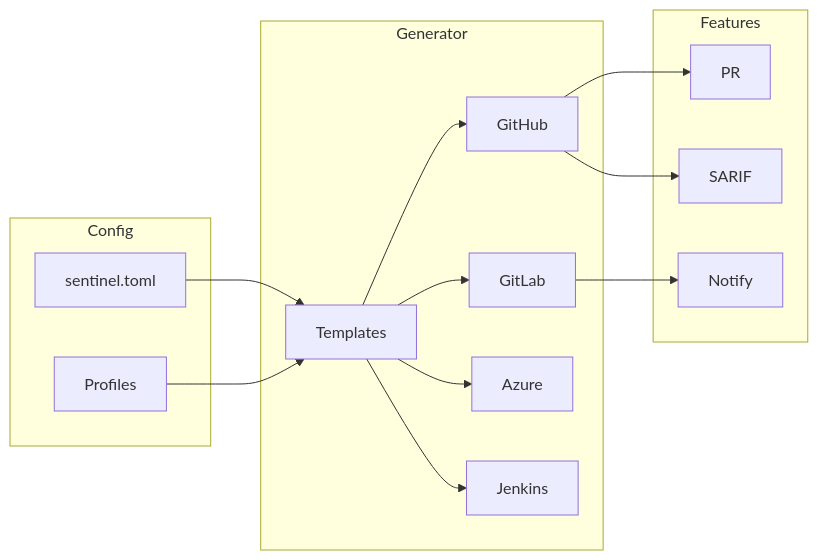
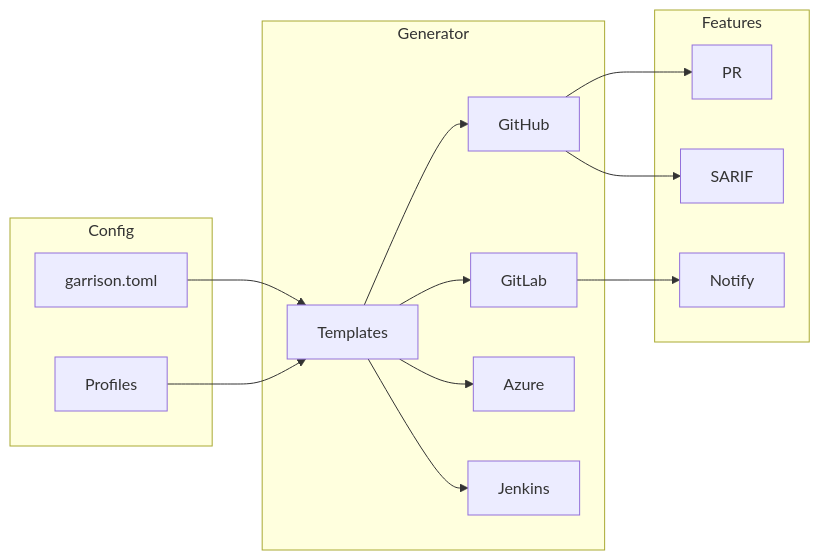
Before and after one commit to RunTimeAdmin/counterscarp: diagram 11 of 13 in ARCHITECTURE.md, drawn with Mermaid. The commit also changed other lines of this file and 91 other files, not shown here.

First line of the commit message:
v4.0.0: Full rebrand from Sentinel Engine to Garrison Engine

````diff
--- a/ARCHITECTURE.md
+++ b/ARCHITECTURE.md
@@ -802,31 +802,31 @@
 ```mermaid
 flowchart LR
     subgraph Config["Config"]
-        TOML["sentinel.toml"]
+        TOML["garrison.toml"]
         PROFILES["Profiles"]
     end
 
     subgraph Generator["Generator"]
         TEMPLATES["Templates"]
         GITHUB["GitHub"]
         GITLAB["GitLab"]
         AZURE["Azure"]
         JENKINS["Jenkins"]
     end
 
     subgraph Features["Features"]
         PR["PR"]
         SARIF["SARIF"]
         NOTIFY["Notify"]
     end
 
     TOML --> TEMPLATES
     PROFILES --> TEMPLATES
     TEMPLATES --> GITHUB
     TEMPLATES --> GITLAB
     TEMPLATES --> AZURE
     TEMPLATES --> JENKINS
     GITHUB --> PR
     GITHUB --> SARIF
     GITLAB --> NOTIFY
 ```
````
